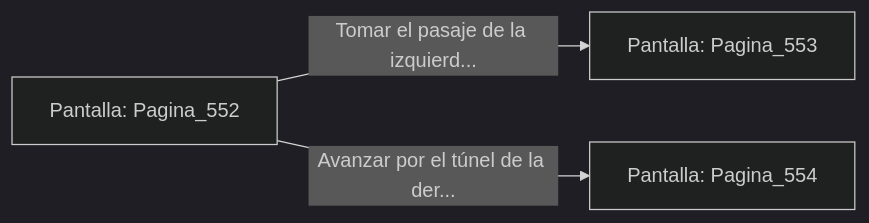
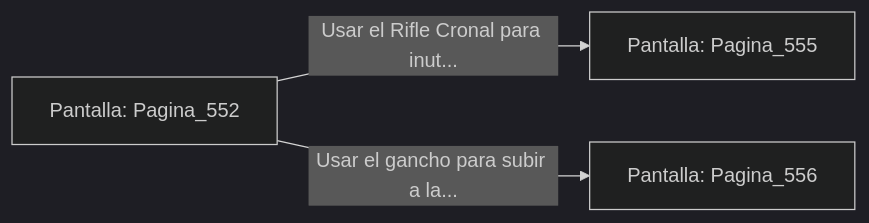
Before and after one commit to metsuke/mpl: the diagram in sample/eligejuego-vault/Pantalla_Pagina_552.md, drawn with Mermaid (dark theme). The commit also changed other lines of this file and 635 other files, not shown here.

First line of the commit message:
fix: añadir Pagina_1 como pantalla inicial en capitulo_01.mpl

````diff
--- a/sample/eligejuego-vault/Pantalla_Pagina_552.md
+++ b/sample/eligejuego-vault/Pantalla_Pagina_552.md
@@ -20,6 +22,6 @@
 ```mermaid
 graph LR
     P_Pagina_552["Pantalla: Pagina_552"]
-    P_Pagina_552 -->|"Tomar el pasaje de la izquierd..."| P_Pagina_553["Pantalla: Pagina_553"]
-    P_Pagina_552 -->|"Avanzar por el túnel de la der..."| P_Pagina_554["Pantalla: Pagina_554"]
+    P_Pagina_552 -->|"Usar el Rifle Cronal para inut..."| P_Pagina_555["Pantalla: Pagina_555"]
+    P_Pagina_552 -->|"Usar el gancho para subir a la..."| P_Pagina_556["Pantalla: Pagina_556"]
 ```
````
